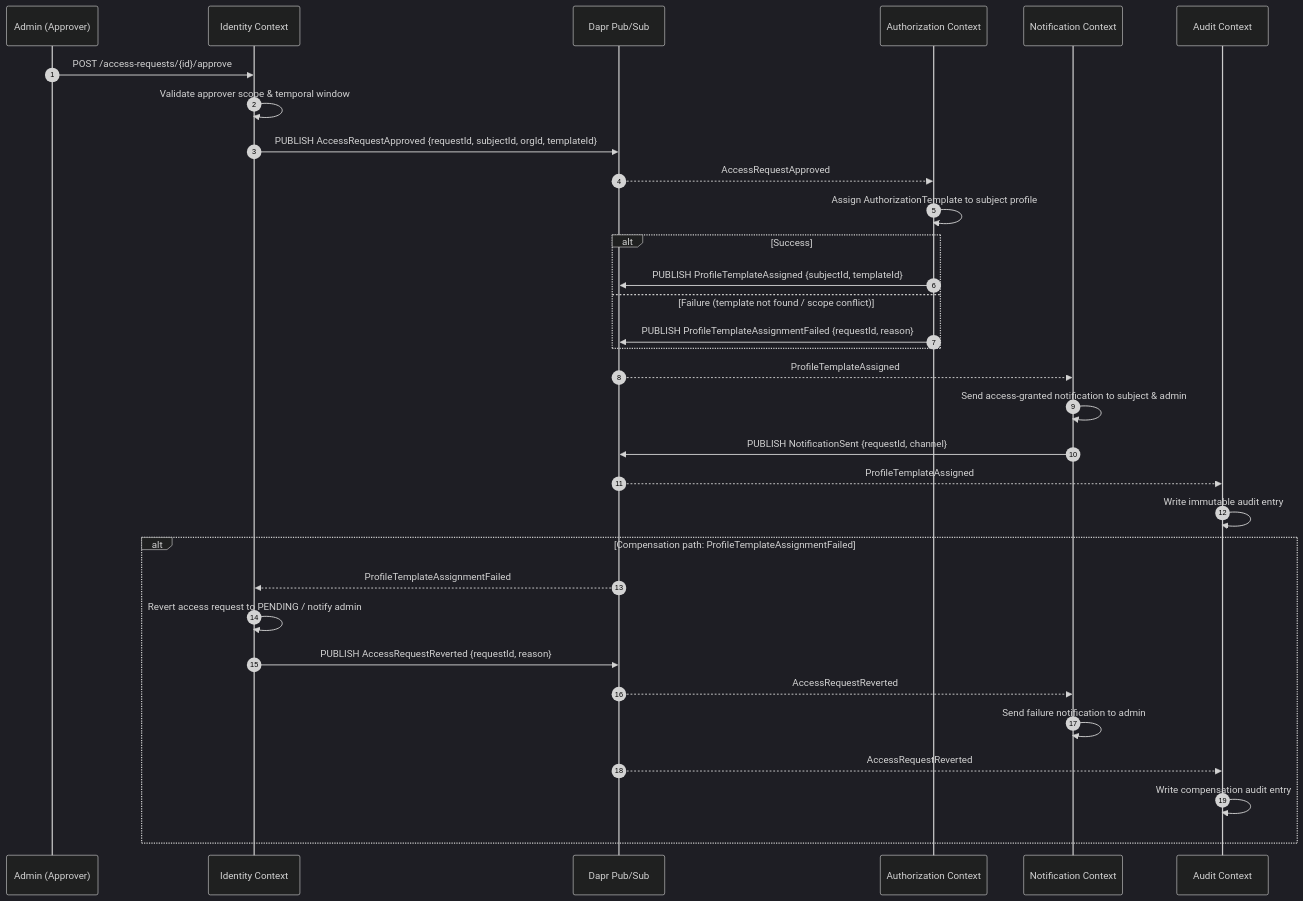
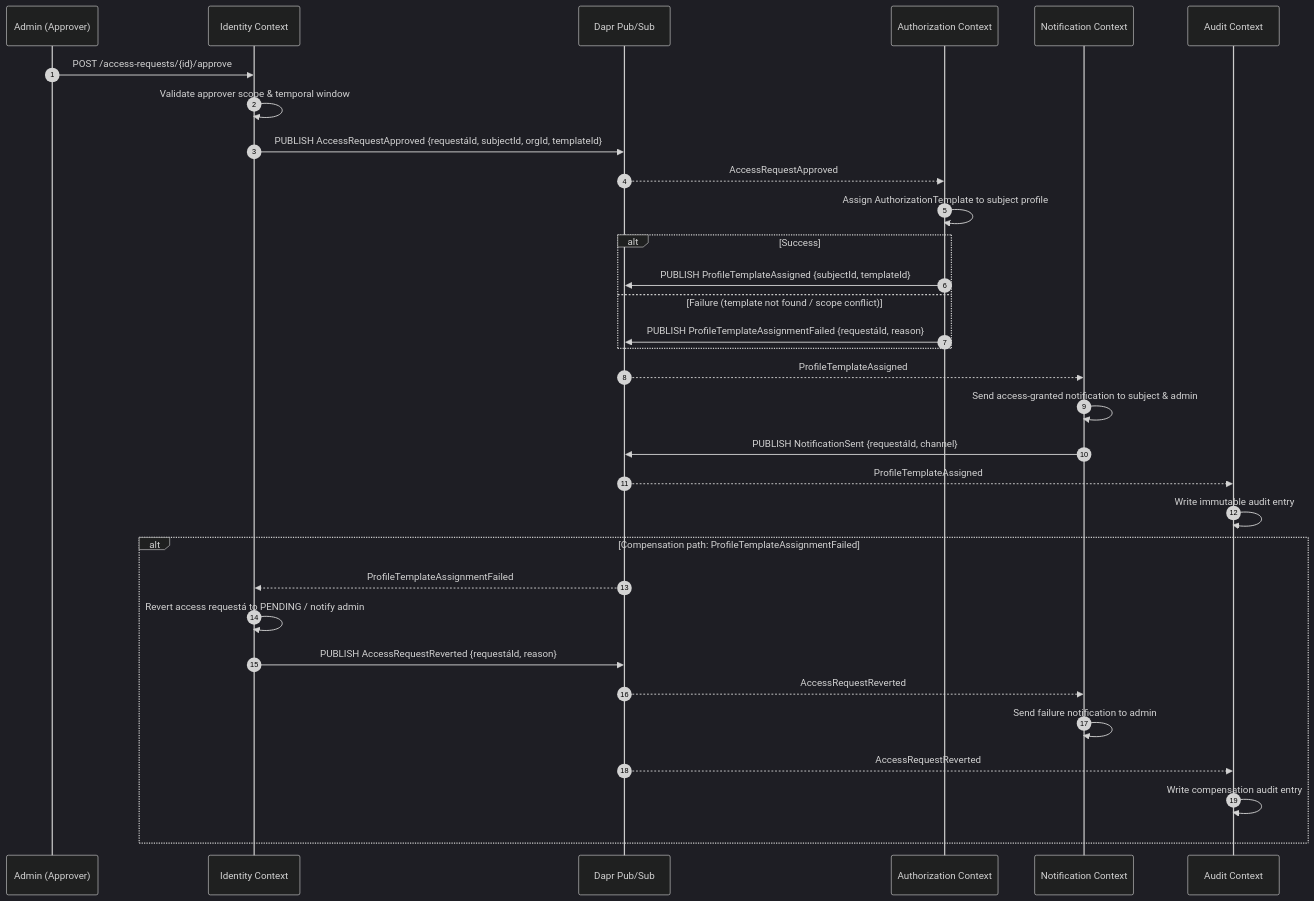
The first of 2 diagrams in architecture/blueprints/technical-enablers/te-05-distributed-saga-dapr.md (beyondnetcode/ums), drawn with Mermaid (dark theme) before and after one commit. The commit also changed other lines of this file and 187 other files, not shown here.

Commit message:
docs: synchronize and update architecture decision records, governance requirements, and operational documentation in Spanish and English

````diff
--- a/architecture/blueprints/technical-enablers/te-05-distributed-saga-dapr.md
+++ b/architecture/blueprints/technical-enablers/te-05-distributed-saga-dapr.md
@@ -33,39 +30,39 @@
 ```mermaid
 sequenceDiagram
     autonumber
     participant Approver as Admin (Approver)
     participant Identity as Identity Context
     participant Dapr as Dapr Pub/Sub
     participant Auth as Authorization Context
     participant Notif as Notification Context
     participant Audit as Audit Context
 
     Approver->>Identity: POST /access-requests/{id}/approve
     Identity->>Identity: Validate approver scope & temporal window
-    Identity->>Dapr: PUBLISH AccessRequestApproved {requestId, subjectId, orgId, templateId}
+    Identity->>Dapr: PUBLISH AccessRequestApproved {requestáId, subjectId, orgId, templateId}
 
     Dapr-->>Auth: AccessRequestApproved
     Auth->>Auth: Assign AuthorizationTemplate to subject profile
     alt Success
         Auth->>Dapr: PUBLISH ProfileTemplateAssigned {subjectId, templateId}
     else Failure (template not found / scope conflict)
-        Auth->>Dapr: PUBLISH ProfileTemplateAssignmentFailed {requestId, reason}
+        Auth->>Dapr: PUBLISH ProfileTemplateAssignmentFailed {requestáId, reason}
     end
 
     Dapr-->>Notif: ProfileTemplateAssigned
     Notif->>Notif: Send access-granted notification to subject & admin
-    Notif->>Dapr: PUBLISH NotificationSent {requestId, channel}
+    Notif->>Dapr: PUBLISH NotificationSent {requestáId, channel}
 
     Dapr-->>Audit: ProfileTemplateAssigned
     Audit->>Audit: Write immutable audit entry
 
     alt Compensation path: ProfileTemplateAssignmentFailed
         Dapr-->>Identity: ProfileTemplateAssignmentFailed
-        Identity->>Identity: Revert access request to PENDING / notify admin
-        Identity->>Dapr: PUBLISH AccessRequestReverted {requestId, reason}
+        Identity->>Identity: Revert access requestá to PENDING / notify admin
+        Identity->>Dapr: PUBLISH AccessRequestReverted {requestáId, reason}
         Dapr-->>Notif: AccessRequestReverted
         Notif->>Notif: Send failure notification to admin
         Dapr-->>Audit: AccessRequestReverted
         Audit->>Audit: Write compensation audit entry
     end
 ```
````
